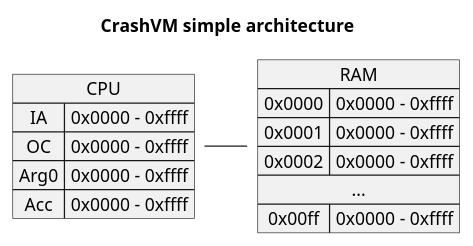
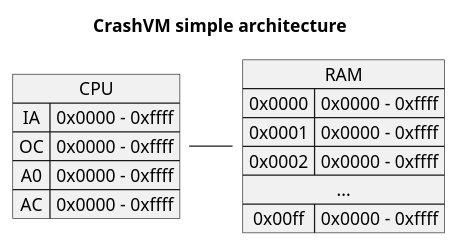
One commit to hypafrag/crash-vm changed the first of 7 diagrams in doc/system.puml. Above: the diagram before and after it, drawn with PlantUML. The commit also changed other lines of this file and 17 other files, not shown here.

Commit message:
function calling in extended architecture

```diff
--- a/doc/system.puml
+++ b/doc/system.puml
@@ -1,22 +1,22 @@
-@startuml
+@startuml simple_architecture
 title CrashVM simple architecture
 
 map CPU {
 }
 map RAM {
 }
 
 CPU - RAM
 
 CPU : IA => 0x0000 - 0xffff
 CPU : OC => 0x0000 - 0xffff
-CPU : Arg0 => 0x0000 - 0xffff
-CPU : Acc => 0x0000 - 0xffff
+CPU : A0 => 0x0000 - 0xffff
+CPU : AC => 0x0000 - 0xffff
 
 RAM : 0x0000 => 0x0000 - 0xffff
 RAM : 0x0001 => 0x0000 - 0xffff
 RAM : 0x0002 => 0x0000 - 0xffff
 RAM : ... *->
 RAM : 0x00ff => 0x0000 - 0xffff
 
 @enduml
```
